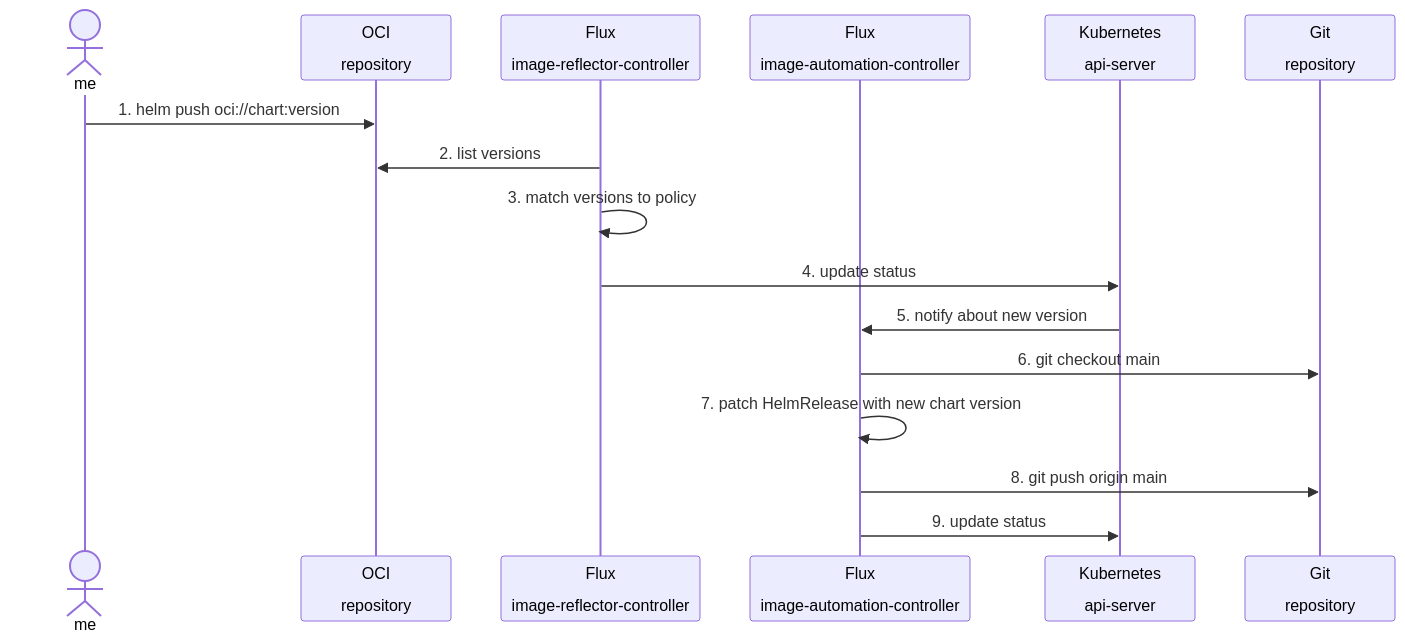
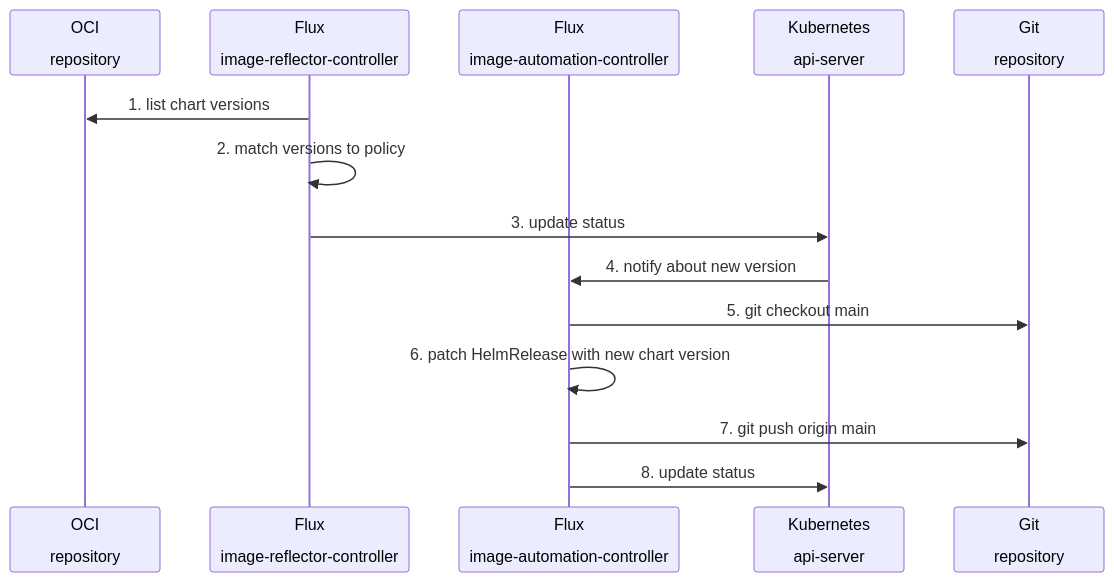
The second of 3 diagrams in README.md (controlplaneio-fluxcd/d1-infra), drawn with Mermaid before and after one commit. The commit also changed other lines of this file, not shown here.

````diff
--- a/README.md
+++ b/README.md
@@ -86,18 +92,16 @@
 ```mermaid
 sequenceDiagram
-    actor me
     participant oci as OCI<br><br>repository
     participant irc as Flux<br><br>image-reflector-controller
     participant iac as Flux<br><br>image-automation-controller
     participant kube as Kubernetes<br><br>api-server
     participant git as Git<br><br>repository
-    me->>oci: 1. helm push oci://chart:version
-    irc->>oci: 2. list versions
-    irc->>irc: 3. match versions to policy
-    irc->>kube: 4. update status
-    kube->>iac: 5. notify about new version
-    iac->>git: 6. git checkout main
-    iac->>iac: 7. patch HelmRelease with new chart version
-    iac->>git: 8. git push origin main
-    iac->>kube: 9. update status
+    irc->>oci: 1. list chart versions
+    irc->>irc: 2. match versions to policy
+    irc->>kube: 3. update status
+    kube->>iac: 4. notify about new version
+    iac->>git: 5. git checkout main
+    iac->>iac: 6. patch HelmRelease with new chart version
+    iac->>git: 7. git push origin main
+    iac->>kube: 8. update status
 ```
````
